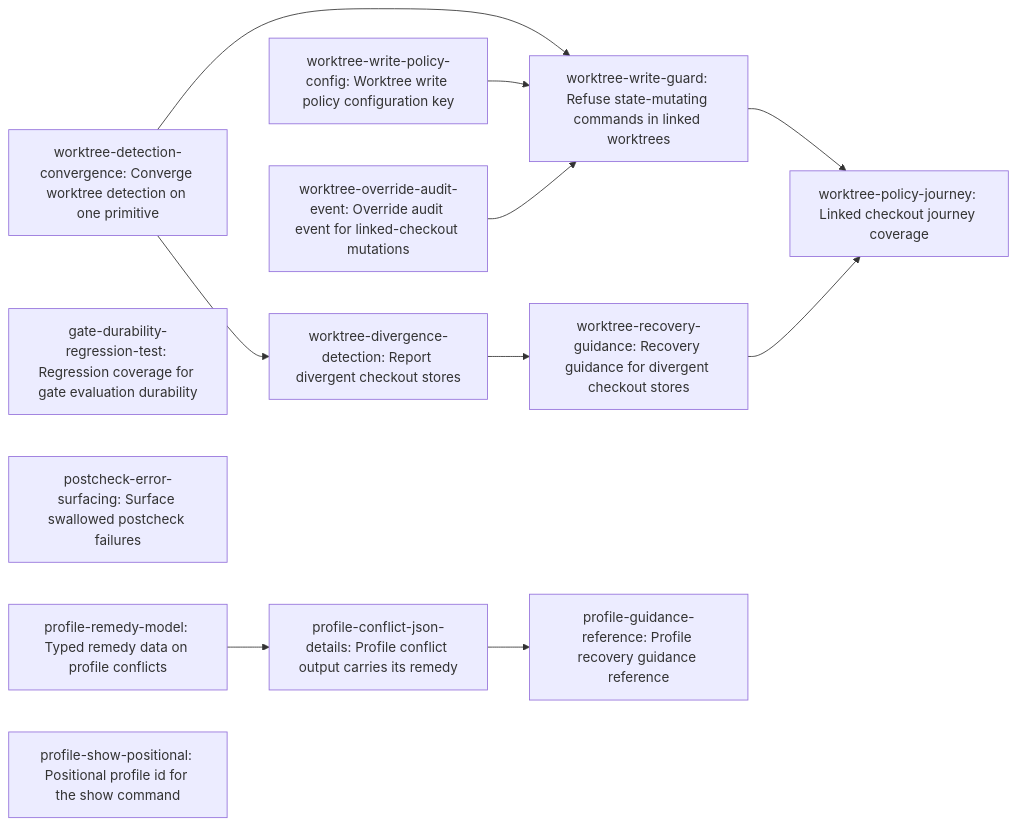
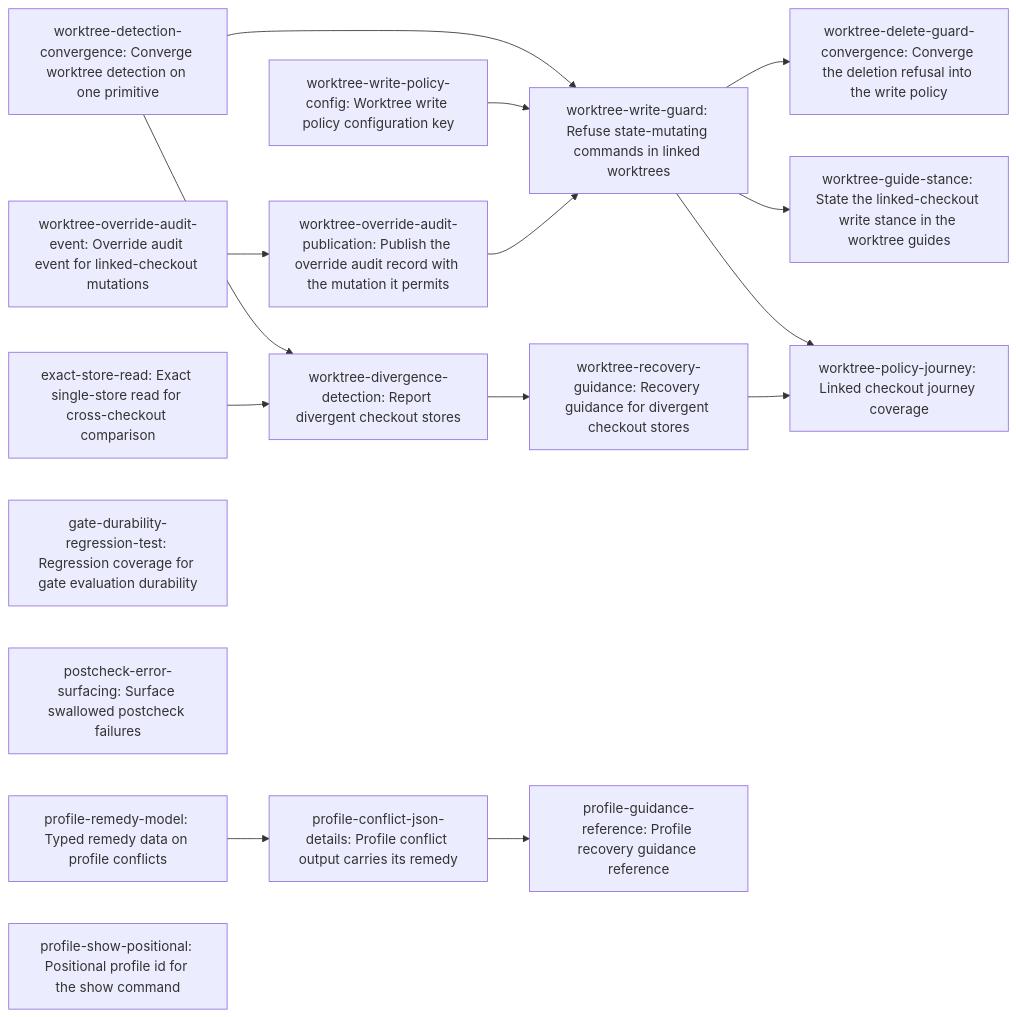
Before and after one commit to erankavija/just-in-time: the diagram in dev/active/4a559332-gf2-adopter-reliability/plan.md, drawn with Mermaid. The commit also changed other lines of this file and 1 other file, not shown here.

Commit message:
docs(jit:629c3d73): own publication seam, exact-store read, split guard leaves

````diff
--- a/dev/active/4a559332-gf2-adopter-reliability/plan.md
+++ b/dev/active/4a559332-gf2-adopter-reliability/plan.md
@@ -103,25 +116,33 @@
 ```mermaid
 flowchart LR
     N0["worktree-detection-convergence: Converge worktree detection on one primitive"]
     N1["worktree-write-policy-config: Worktree write policy configuration key"]
     N2["worktree-override-audit-event: Override audit event for linked-checkout mutations"]
-    N3["worktree-write-guard: Refuse state-mutating commands in linked worktrees"]
-    N4["worktree-divergence-detection: Report divergent checkout stores"]
-    N5["worktree-recovery-guidance: Recovery guidance for divergent checkout stores"]
-    N6["gate-durability-regression-test: Regression coverage for gate evaluation durability"]
-    N7["postcheck-error-surfacing: Surface swallowed postcheck failures"]
-    N8["profile-remedy-model: Typed remedy data on profile conflicts"]
-    N9["profile-conflict-json-details: Profile conflict output carries its remedy"]
-    N10["profile-guidance-reference: Profile recovery guidance reference"]
-    N11["profile-show-positional: Positional profile id for the show command"]
-    N12["worktree-policy-journey: Linked checkout journey coverage"]
-    N0 --> N3
-    N1 --> N3
+    N3["worktree-override-audit-publication: Publish the override audit record with the mutation it permits"]
+    N4["worktree-write-guard: Refuse state-mutating commands in linked worktrees"]
+    N5["exact-store-read: Exact single-store read for cross-checkout comparison"]
+    N6["worktree-divergence-detection: Report divergent checkout stores"]
+    N7["worktree-delete-guard-convergence: Converge the deletion refusal into the write policy"]
+    N8["worktree-guide-stance: State the linked-checkout write stance in the worktree guides"]
+    N9["worktree-recovery-guidance: Recovery guidance for divergent checkout stores"]
+    N10["gate-durability-regression-test: Regression coverage for gate evaluation durability"]
+    N11["postcheck-error-surfacing: Surface swallowed postcheck failures"]
+    N12["profile-remedy-model: Typed remedy data on profile conflicts"]
+    N13["profile-conflict-json-details: Profile conflict output carries its remedy"]
+    N14["profile-guidance-reference: Profile recovery guidance reference"]
+    N15["profile-show-positional: Positional profile id for the show command"]
+    N16["worktree-policy-journey: Linked checkout journey coverage"]
     N2 --> N3
     N0 --> N4
-    N4 --> N5
-    N8 --> N9
-    N9 --> N10
-    N3 --> N12
-    N5 --> N12
+    N1 --> N4
+    N3 --> N4
+    N0 --> N6
+    N5 --> N6
+    N4 --> N7
+    N4 --> N8
+    N6 --> N9
+    N12 --> N13
+    N13 --> N14
+    N4 --> N16
+    N9 --> N16
 ```
````
